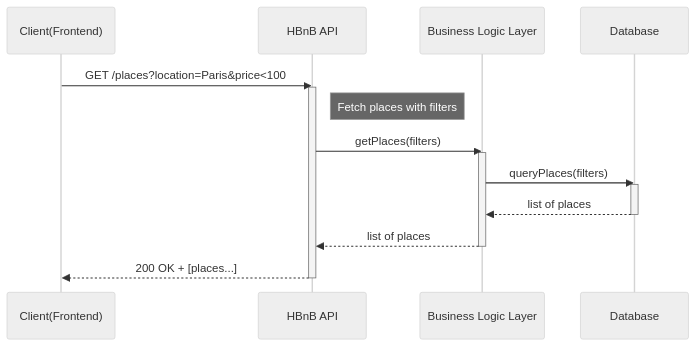
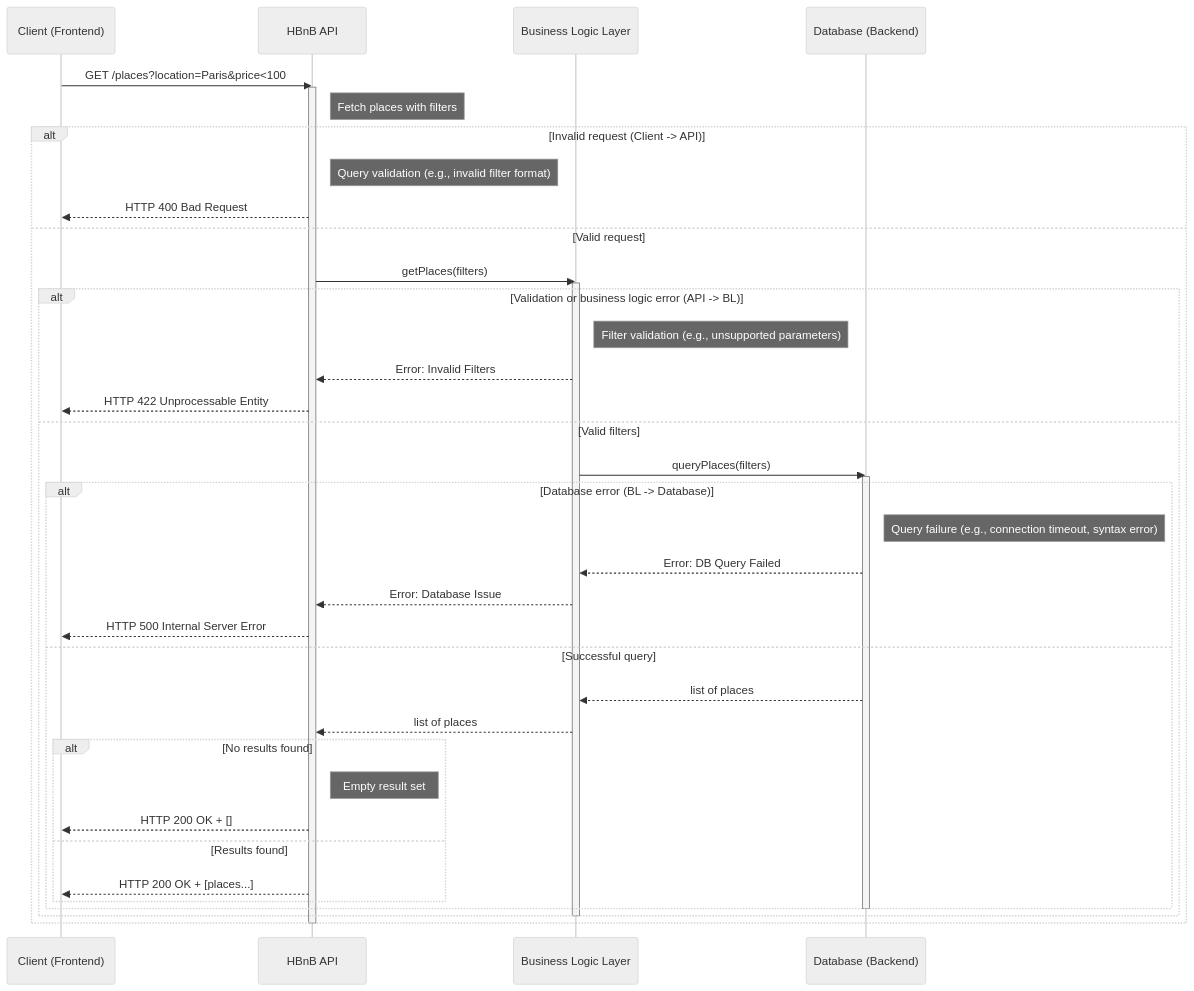
One commit to Mathieu7483/holbertonschool-hbnb changed the fourth of 4 diagrams in part1/Sequence Diagrams for API Calls.md. Above: the diagram before and after it, drawn with Mermaid (neutral theme).

Commit message:
Update sequence diagram for fetching places API

````diff
--- a/part1/Sequence Diagrams for API Calls.md
+++ b/part1/Sequence Diagrams for API Calls.md
@@ -127,26 +127,47 @@
 ```mermaid
 sequenceDiagram
-    participant Client(Frontend)
+    participant Client as Client (Frontend)
     participant API as HBnB API
     participant BL as Business Logic Layer
-    participant DB as Database
+    participant Database as Database (Backend)
 
-    Client(Frontend)->>API: GET /places?location=Paris&price<100
+    Client->>API: GET /places?location=Paris&price<100
     activate API
     Note right of API: Fetch places with filters
 
-    API->>BL: getPlaces(filters)
-    activate BL
+    alt Invalid request (Client -> API)
+        Note right of API: Query validation (e.g., invalid filter format)
+        API-->>Client: HTTP 400 Bad Request
+    else Valid request
+        API->>BL: getPlaces(filters)
+        activate BL
 
-    BL->>DB: queryPlaces(filters)
-    activate DB
+        alt Validation or business logic error (API -> BL)
+            Note right of BL: Filter validation (e.g., unsupported parameters)
+            BL-->>API: Error: Invalid Filters
+            API-->>Client: HTTP 422 Unprocessable Entity
+        else Valid filters
+            BL->>Database: queryPlaces(filters)
+            activate Database
 
-    DB-->>BL: list of places
-    deactivate DB
-
-    BL-->>API: list of places
-    deactivate BL
-
-    API-->>Client(Frontend): 200 OK + [places...]
+            alt Database error (BL -> Database)
+                Note right of Database: Query failure (e.g., connection timeout, syntax error)
+                Database-->>BL: Error: DB Query Failed
+                BL-->>API: Error: Database Issue
+                API-->>Client: HTTP 500 Internal Server Error
+            else Successful query
+                Database-->>BL: list of places
+                BL-->>API: list of places
+                alt No results found
+                    Note right of API: Empty result set
+                    API-->>Client: HTTP 200 OK + []
+                else Results found
+                    API-->>Client: HTTP 200 OK + [places...]
+                end
+            end
+            deactivate Database
+        end
+        deactivate BL
+    end
     deactivate API
 ```
````
